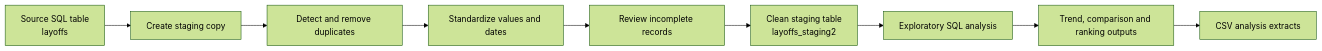
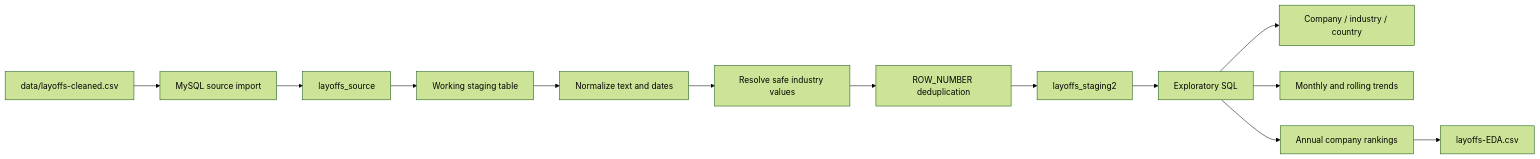
The diagram in README.md (Sohila-Khaled-Abbas/global-layoffs-analysis), drawn with Mermaid (forest theme) before and after one commit. The commit also changed other lines of this file, not shown here.

Commit message:
docs: align README with reproducible MySQL workflow

````diff
--- a/README.md
+++ b/README.md
@@ -43,11 +52,15 @@
 ```mermaid
 flowchart LR
-    A["Source SQL table<br/>layoffs"] --> B["Create staging copy"]
-    B --> C["Detect and remove duplicates"]
-    C --> D["Standardize values and dates"]
-    D --> E["Review incomplete records"]
-    E --> F["Clean staging table<br/>layoffs_staging2"]
-    F --> G["Exploratory SQL analysis"]
-    G --> H["Trend, comparison and ranking outputs"]
-    H --> I["CSV analysis extracts"]
+    A["data/layoffs-cleaned.csv"] --> B["MySQL source import"]
+    B --> C["layoffs_source"]
+    C --> D["Working staging table"]
+    D --> E["Normalize text and dates"]
+    E --> F["Resolve safe industry values"]
+    F --> G["ROW_NUMBER deduplication"]
+    G --> H["layoffs_staging2"]
+    H --> I["Exploratory SQL"]
+    I --> J["Company / industry / country"]
+    I --> K["Monthly and rolling trends"]
+    I --> L["Annual company rankings"]
+    L --> M["layoffs-EDA.csv"]
 ```
````
